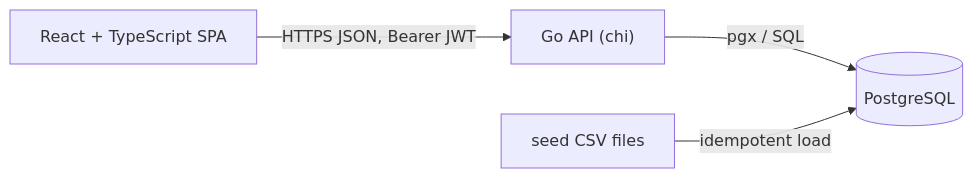
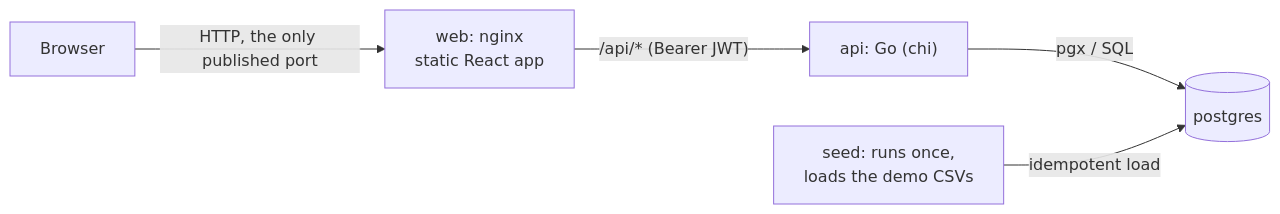
One commit to bluesky2106/keyloop-coding-challenge changed the diagram in docs/system-design.md. Above: the diagram before and after it, drawn with Mermaid. The commit also changed other lines of this file and 15 other files, not shown here.

````diff
--- a/docs/system-design.md
+++ b/docs/system-design.md
@@ -42,6 +42,7 @@
 ```mermaid
 flowchart LR
-    Browser["React + TypeScript SPA"] -->|"HTTPS JSON, Bearer JWT"| API["Go API (chi)"]
-    API -->|"pgx / SQL"| DB[("PostgreSQL")]
-    CSV["seed CSV files"] -->|"idempotent load"| DB
+    Browser -->|"HTTP, the only published port"| Web["web: nginx<br/>static React app"]
+    Web -->|"/api/*  (Bearer JWT)"| API["api: Go (chi)"]
+    API -->|"pgx / SQL"| DB[("postgres")]
+    Seed["seed: runs once,<br/>loads the demo CSVs"] -->|"idempotent load"| DB
 ```
````
